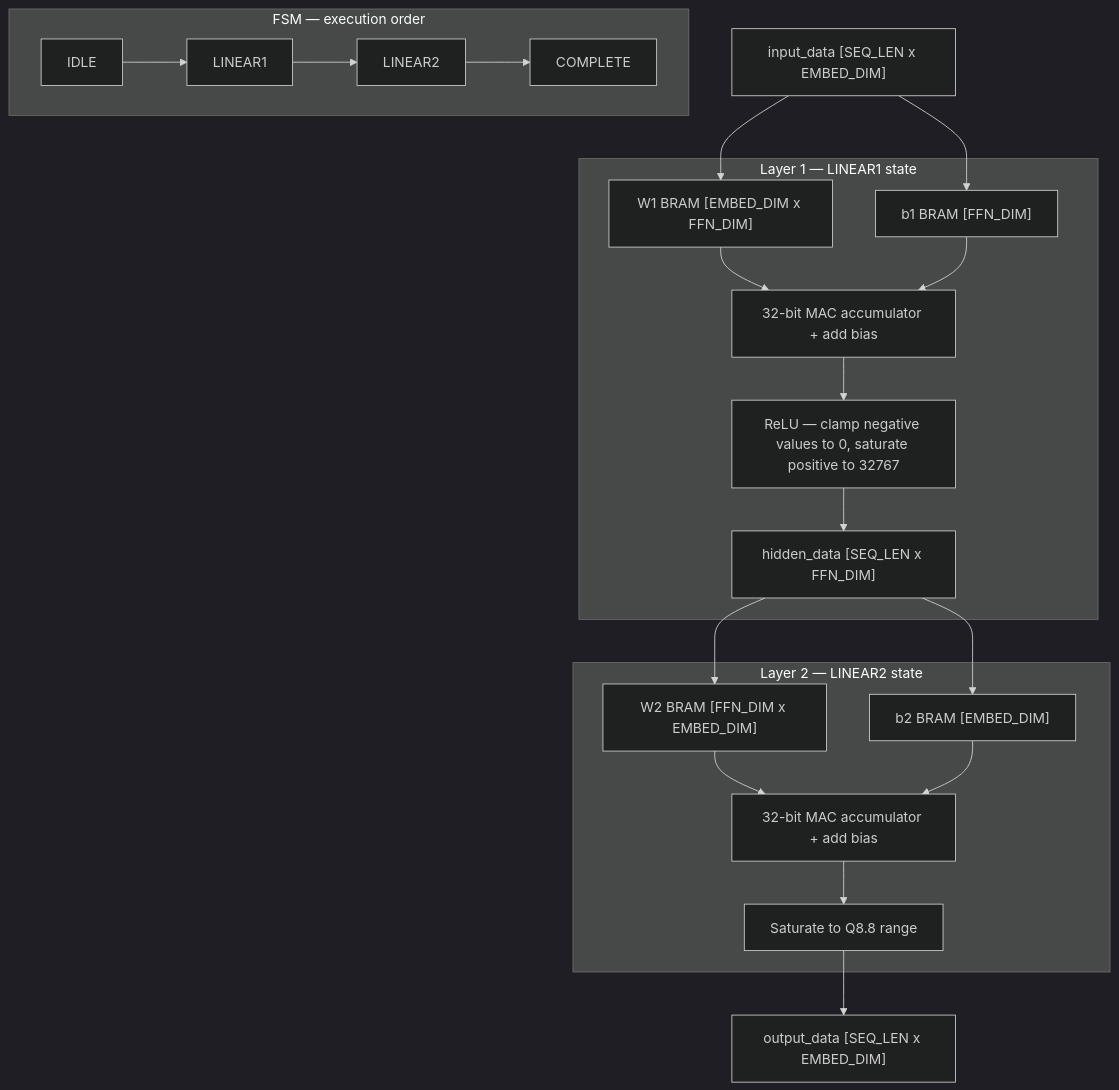
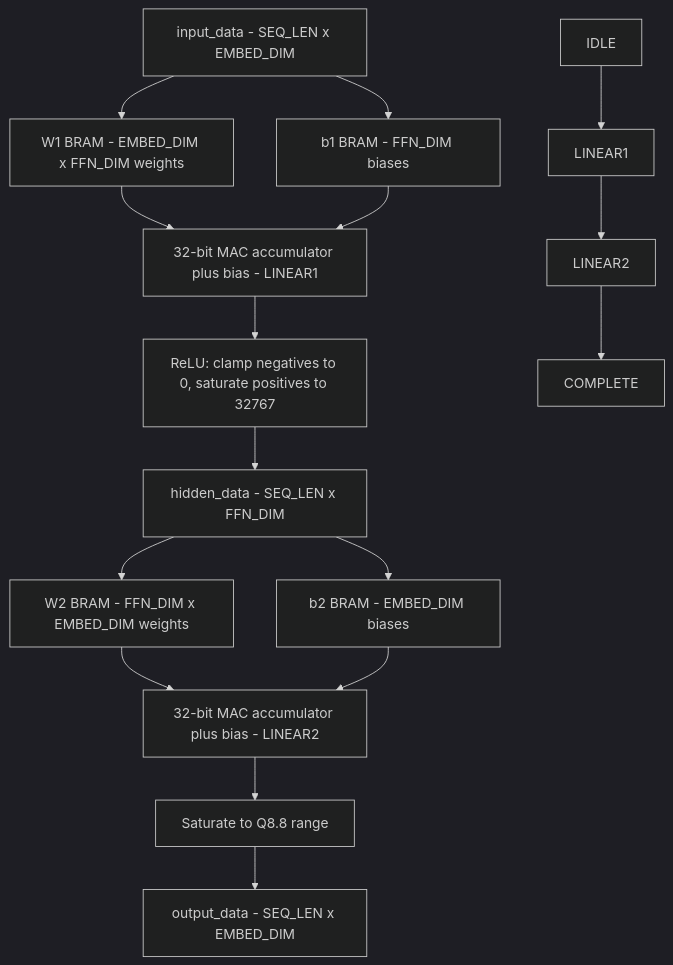
Before and after one commit to Fluxx7/FPGA-Transformer-Acceleration: the fifth of 7 diagrams in report/05b_hardware_validation.md, drawn with Mermaid (dark theme). The commit also changed other lines of this file, not shown here.

First line of the commit message:
Simplify Mermaid diagrams for VS Code preview compatibility

````diff
--- a/report/05b_hardware_validation.md
+++ b/report/05b_hardware_validation.md
@@ -194,30 +188,27 @@
 ```mermaid
 graph TD
-    IN["input_data [SEQ_LEN x EMBED_DIM]"]
+    IN["input_data - SEQ_LEN x EMBED_DIM"]
+    W1["W1 BRAM - EMBED_DIM x FFN_DIM weights"]
+    B1["b1 BRAM - FFN_DIM biases"]
+    MAC1["32-bit MAC accumulator plus bias - LINEAR1"]
+    RELU["ReLU: clamp negatives to 0, saturate positives to 32767"]
+    HIDDEN["hidden_data - SEQ_LEN x FFN_DIM"]
+    W2["W2 BRAM - FFN_DIM x EMBED_DIM weights"]
+    B2["b2 BRAM - EMBED_DIM biases"]
+    MAC2["32-bit MAC accumulator plus bias - LINEAR2"]
+    CLAMP["Saturate to Q8.8 range"]
+    OUT["output_data - SEQ_LEN x EMBED_DIM"]
 
-    subgraph Layer1["Layer 1 — LINEAR1 state"]
-        W1["W1 BRAM [EMBED_DIM x FFN_DIM]"]
-        B1["b1 BRAM [FFN_DIM]"]
-        MAC1["32-bit MAC accumulator + add bias"]
-        RELU["ReLU — clamp negative values to 0, saturate positive to 32767"]
-        HIDDEN["hidden_data [SEQ_LEN x FFN_DIM]"]
-    end
+    s0[IDLE] --> s1[LINEAR1] --> s2[LINEAR2] --> s3[COMPLETE]
 
-    subgraph Layer2["Layer 2 — LINEAR2 state"]
-        W2["W2 BRAM [FFN_DIM x EMBED_DIM]"]
-        B2["b2 BRAM [EMBED_DIM]"]
-        MAC2["32-bit MAC accumulator + add bias"]
-        CLAMP["Saturate to Q8.8 range"]
-    end
-
-    OUT["output_data [SEQ_LEN x EMBED_DIM]"]
-
-    subgraph FSM["FSM — execution order"]
-        f0[IDLE] --> f1[LINEAR1] --> f2[LINEAR2] --> f3[COMPLETE]
-    end
-
-    IN --> W1 & B1
-    W1 & B1 --> MAC1 --> RELU --> HIDDEN
-    HIDDEN --> W2 & B2
-    W2 & B2 --> MAC2 --> CLAMP --> OUT
+    IN --> W1
+    IN --> B1
+    W1 --> MAC1
+    B1 --> MAC1
+    MAC1 --> RELU --> HIDDEN
+    HIDDEN --> W2
+    HIDDEN --> B2
+    W2 --> MAC2
+    B2 --> MAC2
+    MAC2 --> CLAMP --> OUT
 ```
````
